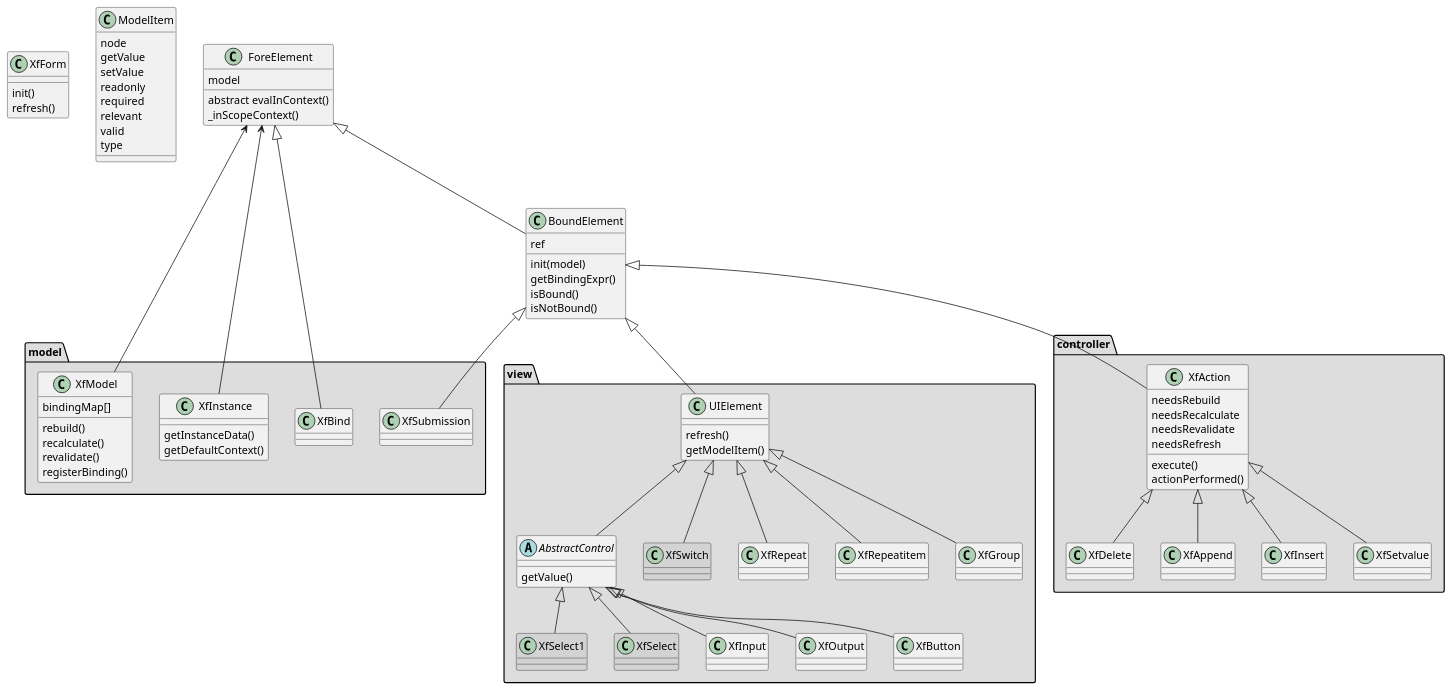
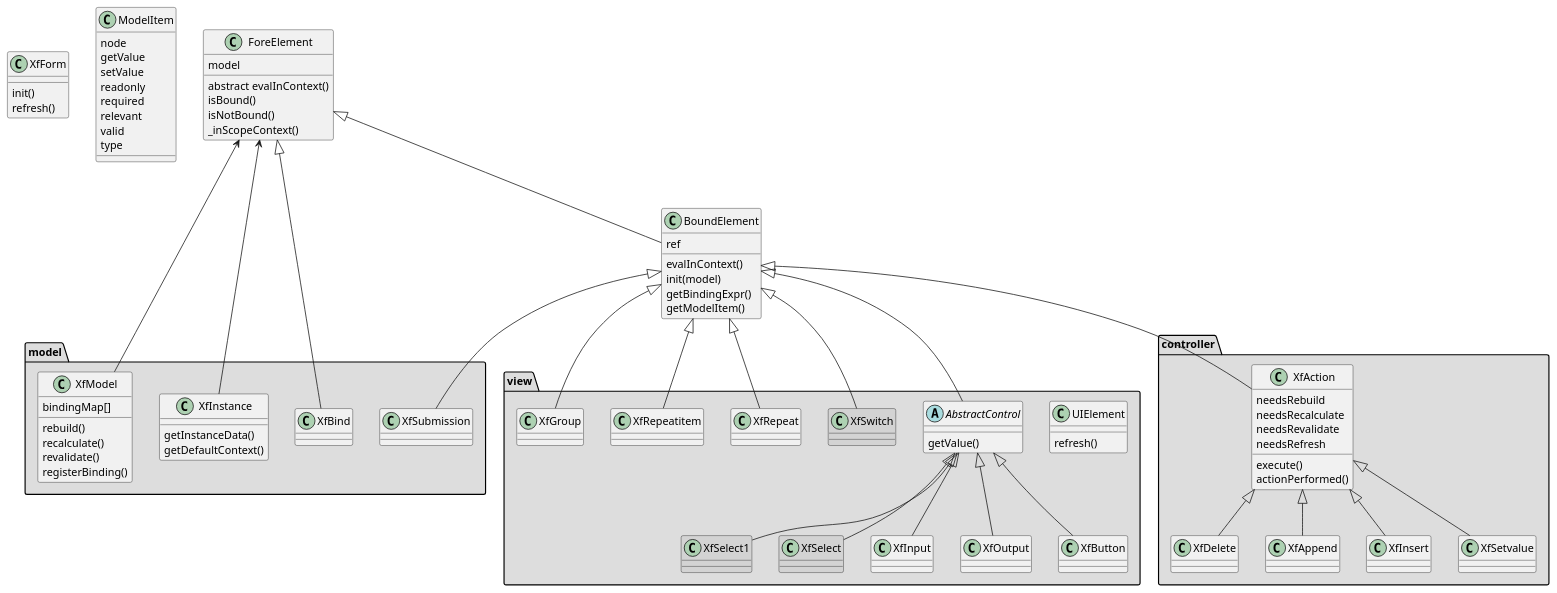
One commit to Jinntec/Fore changed the diagram in doc/classdiagram.puml. Above: the diagram before and after it, drawn with PlantUML. The commit also changed 12 other files, not shown here.

First line of the commit message:
refactored again and killed one level of inheritence (UiElement); So, for the sake of simplicity now all actions inherit from BoundElement even if they are not bound. Code needs to test for that.

```diff
--- a/doc/classdiagram.puml
+++ b/doc/classdiagram.puml
@@ -1,103 +1,102 @@
 @startuml
 class XfForm {
     init()
     refresh()
 }
 class ModelItem{
     node
     getValue
     setValue
     readonly
     required
     relevant
     valid
     type
 }
 class ForeElement{
     model
     abstract evalInContext()
+    isBound()
+    isNotBound()
     _inScopeContext()
 }
 
 class BoundElement{
     ref
+    evalInContext()
     init(model)
     getBindingExpr()
-    isBound()
-    isNotBound()
+    getModelItem()
+
 }
 
 ForeElement <|-- BoundElement
 
 
 package "model" #DDDDDD {
     class XfModel{
         bindingMap[]
         rebuild()
         recalculate()
         revalidate()
         registerBinding()
     }
     ForeElement <-- XfModel
     class XfInstance{
         getInstanceData()
         getDefaultContext()
     }
     ForeElement <-- XfInstance
     class XfBind
     class XfSubmission
 }
 
 
 
 package "view" #DDDDDD{
     class UIElement{
         refresh()
-        getModelItem()
     }
     abstract class AbstractControl{
         getValue()
     }
     class XfSwitch #lightgrey
     class XfSelect1 #lightgrey
     class XfSelect #lightgrey
-    UIElement <|-- AbstractControl
+    BoundElement <|-- AbstractControl
     AbstractControl <|-- XfInput
     AbstractControl <|-- XfOutput
     AbstractControl <|-- XfButton
-    UIElement <|-- XfRepeat
-    UIElement <|-- XfRepeatitem
-    UIElement <|-- XfGroup
-    UIElement <|-- XfSwitch
+    BoundElement <|-- XfRepeat
+    BoundElement <|-- XfRepeatitem
+    BoundElement <|-- XfGroup
+    BoundElement <|-- XfSwitch
     AbstractControl <|-- XfSelect
     AbstractControl <|-- XfSelect1
 }
 
 package "controller" #DDDDDD{
     class XfAction{
         needsRebuild
         needsRecalculate
         needsRevalidate
         needsRefresh
         execute()
         actionPerformed()
     }
     XfAction <|-- XfDelete
     XfAction <|-- XfAppend
     XfAction <|-- XfInsert
     XfAction <|-- XfSetvalue
 
 }
 
 
 
-BoundElement <|-- UIElement
 BoundElement <|-- XfAction
 ForeElement <|-- XfBind
 BoundElement <|-- XfSubmission
 
 
 
-
-
 @enduml
```
